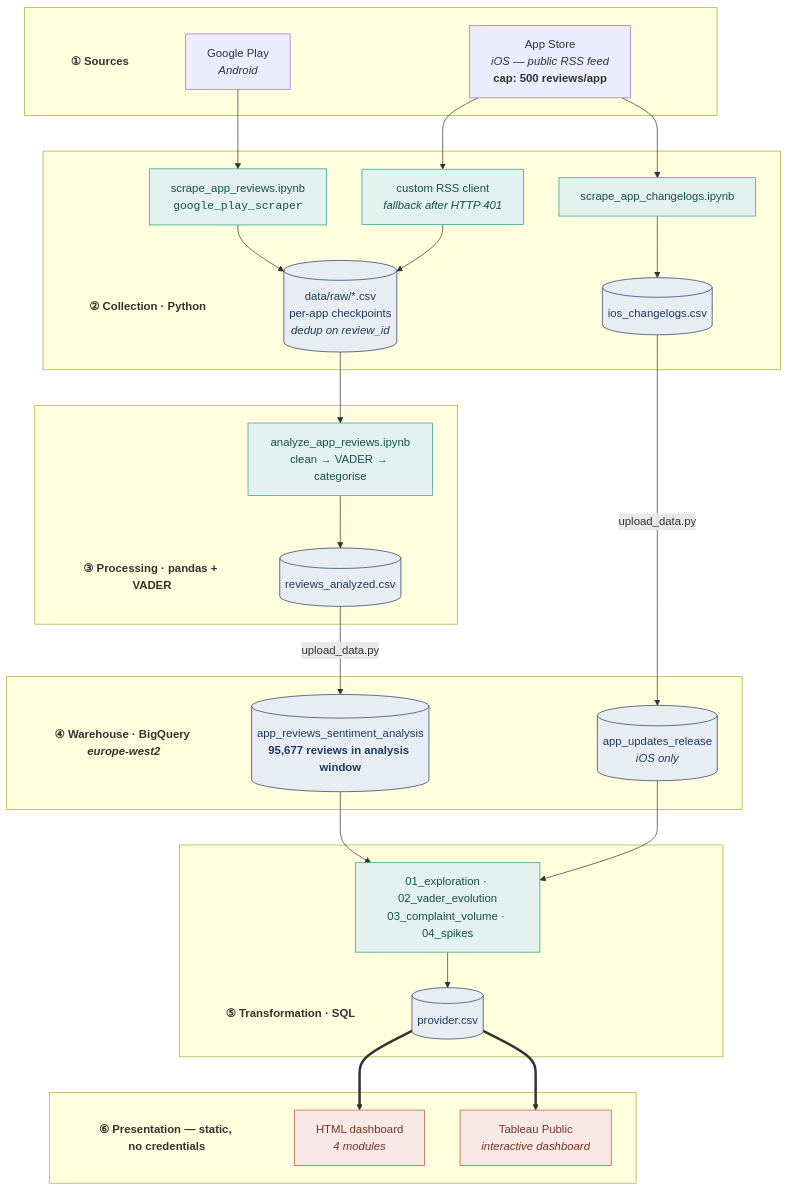
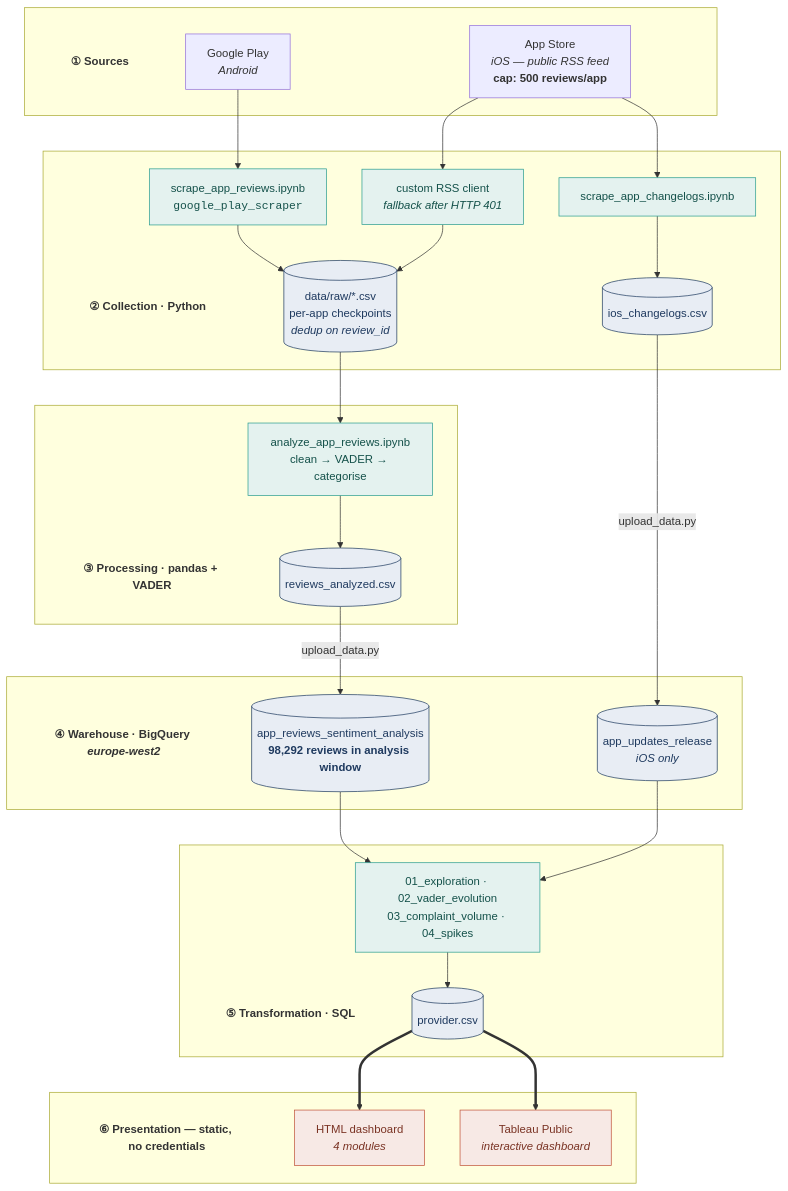
Before and after one commit to tomasb1805/banking-apps-sentiment-scoring: the first of 2 diagrams in README.md, drawn with Mermaid. The commit also changed other lines of this file, not shown here.

````diff
--- a/README.md
+++ b/README.md
@@ -108,66 +108,66 @@
 ```mermaid
 flowchart TB
     subgraph SRC[" "]
         SRCT["① Sources"]
         GP["Google Play<br/><i>Android</i>"]
         AS["App Store<br/><i>iOS — public RSS feed</i><br/><b>cap: 500 reviews/app</b>"]
     end
 
     subgraph COL[" "]
         COLT["② Collection · Python"]
         SC1["scrape_app_reviews.ipynb<br/><code>google_play_scraper</code>"]
         SC2["custom RSS client<br/><i>fallback after HTTP 401</i>"]
         SC3["scrape_app_changelogs.ipynb"]
         CKPT[("data/raw/*.csv<br/>per-app checkpoints<br/><i>dedup on review_id</i>")]
         VERS[("ios_changelogs.csv")]
     end
 
     subgraph PROC[" "]
         PROCT["③ Processing · pandas + VADER"]
         CLEAN["analyze_app_reviews.ipynb<br/>clean → VADER → categorise"]
         OUT[("reviews_analyzed.csv")]
     end
 
     subgraph BQ[" "]
         BQT["④ Warehouse · BigQuery <i>europe-west2</i>"]
-        FACT[("app_reviews_sentiment_analysis<br/><b>95,677 reviews in analysis window</b>")]
+        FACT[("app_reviews_sentiment_analysis<br/><b>98,292 reviews in analysis window</b>")]
         REL[("app_updates_release<br/><i>iOS only</i>")]
     end
 
     subgraph SQL[" "]
         SQLT["⑤ Transformation · SQL"]
         Q["01_exploration · 02_vader_evolution<br/>03_complaint_volume · 04_spikes"]
         EXP[("provider.csv")]
     end
 
     subgraph PRES[" "]
         PREST["⑥ Presentation — static, no credentials"]
         HTML["HTML dashboard<br/><i>4 modules</i>"]
         TAB["Tableau Public<br/><i>interactive dashboard</i>"]
     end
 
     GP --> SC1 --> CKPT
     AS --> SC2 --> CKPT
     AS --> SC3 --> VERS
 
     CKPT --> CLEAN --> OUT
     OUT -->|upload_data.py| FACT
     VERS -->|upload_data.py| REL
 
     FACT --> Q
     REL --> Q
     Q --> EXP
 
     EXP ==> HTML
     EXP ==> TAB
 
     classDef hdr fill:none,stroke:none,font-weight:bold
     class SRCT,COLT,PROCT,BQT,SQLT,PREST hdr
     classDef store fill:#E8EDF4,stroke:#1F3A5F,stroke-width:1px,color:#1F3A5F
     classDef proc fill:#E4F2EF,stroke:#2A9D8F,stroke-width:1px,color:#14514A
     classDef pres fill:#F7E9E5,stroke:#C0533A,stroke-width:1px,color:#7A3324
     class CKPT,VERS,OUT,FACT,REL,EXP store
     class SC1,SC2,SC3,CLEAN,Q proc
     class HTML,TAB pres
 
 ```
````
